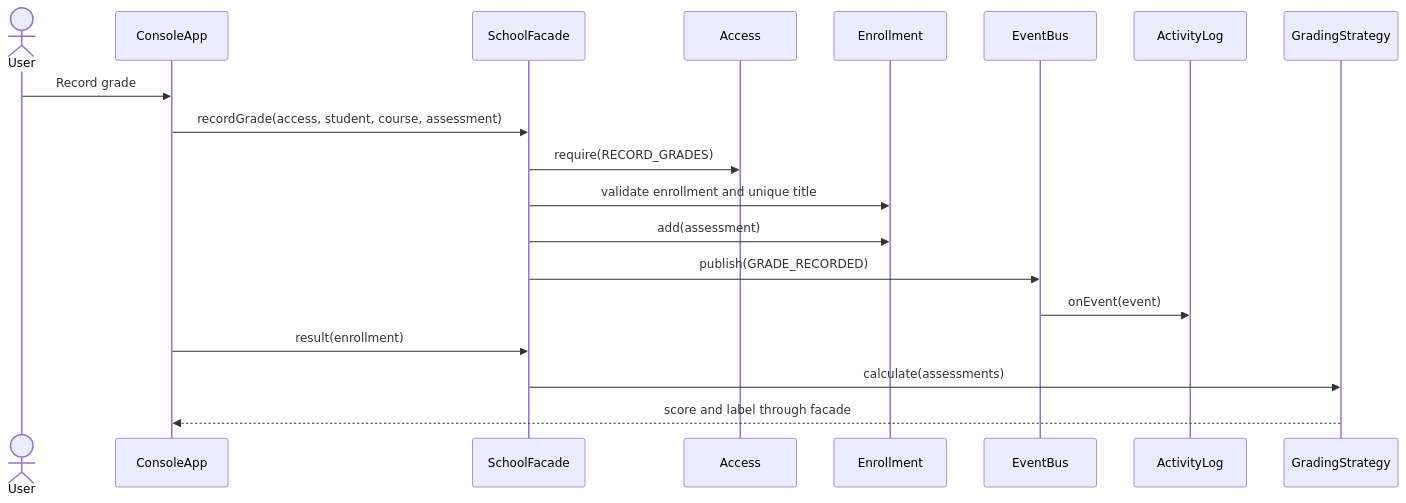
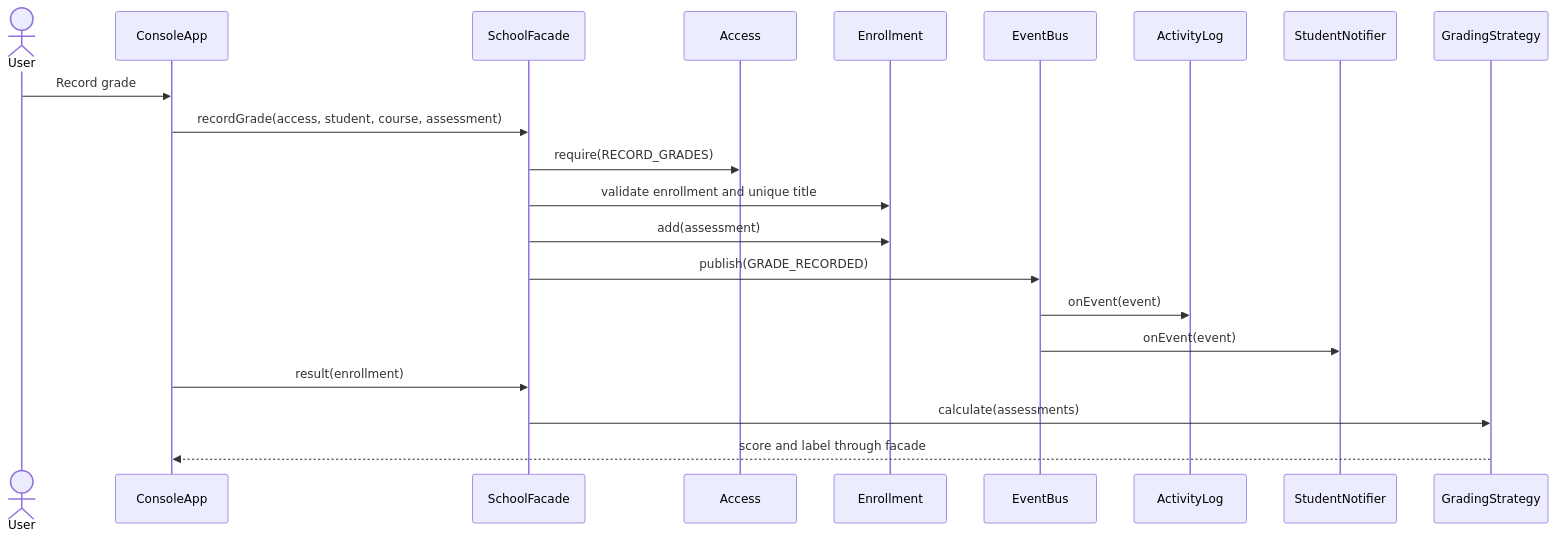
One commit to Asylstyle/school-management-system changed the second of 2 diagrams in docs/architecture.md. Above: the diagram before and after it, drawn with Mermaid. The commit also changed other lines of this file and 12 other files, not shown here.

Commit message:
Update report, diagrams and screenshots for StudentNotifier

````diff
--- a/docs/architecture.md
+++ b/docs/architecture.md
@@ -36,21 +37,23 @@
 ```mermaid
 sequenceDiagram
   actor User
   participant UI as ConsoleApp
   participant Facade as SchoolFacade
   participant Access
   participant Enrollment
   participant Events as EventBus
   participant Log as ActivityLog
+  participant Notifier as StudentNotifier
   participant Policy as GradingStrategy
   User->>UI: Record grade
   UI->>Facade: recordGrade(access, student, course, assessment)
   Facade->>Access: require(RECORD_GRADES)
   Facade->>Enrollment: validate enrollment and unique title
   Facade->>Enrollment: add(assessment)
   Facade->>Events: publish(GRADE_RECORDED)
   Events->>Log: onEvent(event)
+  Events->>Notifier: onEvent(event)
   UI->>Facade: result(enrollment)
   Facade->>Policy: calculate(assessments)
   Policy-->>UI: score and label through facade
 ```
````
